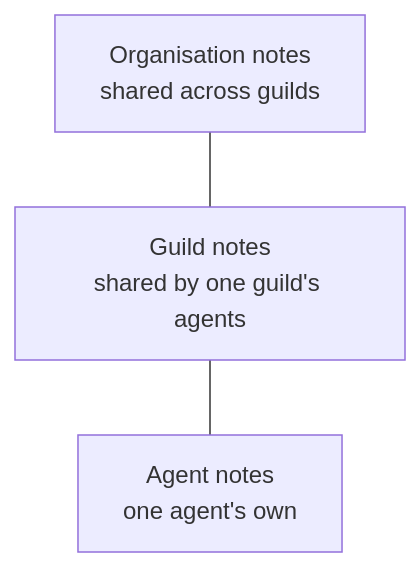
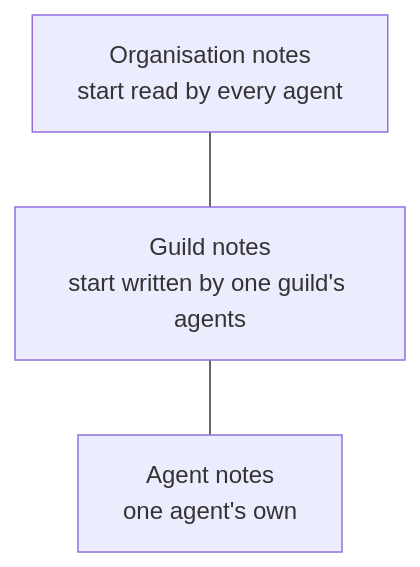
One commit to CigaleAI/guilds changed the diagram in docs/concepts/notes.md. Above: the diagram before and after it, drawn with Mermaid. The commit also changed other lines of this file and 145 other files, not shown here.

````diff
--- a/docs/concepts/notes.md
+++ b/docs/concepts/notes.md
@@ -28,7 +32,7 @@
 ```mermaid
 flowchart TD
-  O["Organisation notes<br/>shared across guilds"]
-  G["Guild notes<br/>shared by one guild's agents"]
+  O["Organisation notes<br/>start read by every agent"]
+  G["Guild notes<br/>start written by one guild's agents"]
   A["Agent notes<br/>one agent's own"]
   O --- G --- A
 ```
````
